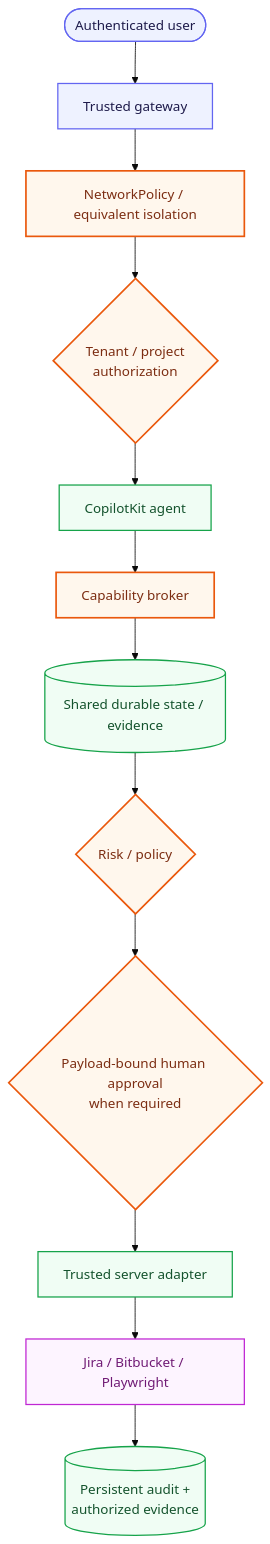
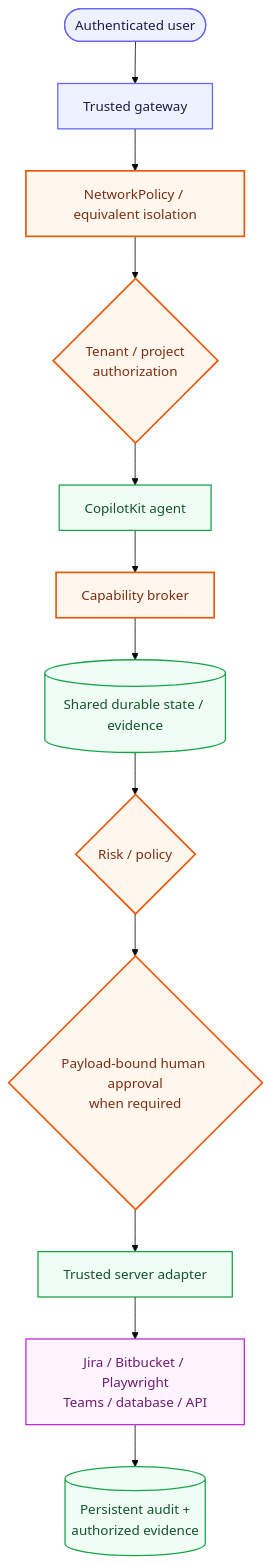
Before and after one commit to AnkitParekh007/bm-agents-world: the second of 2 diagrams in README.md, drawn with Mermaid (base theme). The commit also changed other lines of this file and 10 other files, not shown here.

````diff
--- a/README.md
+++ b/README.md
@@ -206,23 +214,23 @@
 ```mermaid
 flowchart TD
     User(["Authenticated user"]) --> Gateway["Trusted gateway"]
     Gateway --> Network["NetworkPolicy / equivalent isolation"]
     Network --> Authorization{"Tenant / project<br/>authorization"}
     Authorization --> Agent["CopilotKit agent"]
     Agent --> Broker["Capability broker"]
     Broker --> State[("Shared durable state / evidence")]
     State --> Policy{"Risk / policy"}
     Policy --> Approval{"Payload-bound human approval<br/>when required"}
     Approval --> Adapter["Trusted server adapter"]
-    Adapter --> Systems["Jira / Bitbucket / Playwright"]
+    Adapter --> Systems["Jira / Bitbucket / Playwright<br/>Teams / database / API"]
     Systems --> Audit[("Persistent audit +<br/>authorized evidence")]
 
     classDef identity fill:#eef2ff,stroke:#6366f1,color:#1e1b4b,stroke-width:1.5px;
     classDef boundary fill:#fff7ed,stroke:#ea580c,color:#7c2d12,stroke-width:2px;
     classDef trusted fill:#f0fdf4,stroke:#16a34a,color:#14532d,stroke-width:1.5px;
     classDef external fill:#fdf4ff,stroke:#c026d3,color:#701a75,stroke-width:1.5px;
     class User,Gateway identity;
     class Network,Authorization,Broker,Policy,Approval boundary;
     class Agent,State,Adapter,Audit trusted;
     class Systems external;
 ```
````
